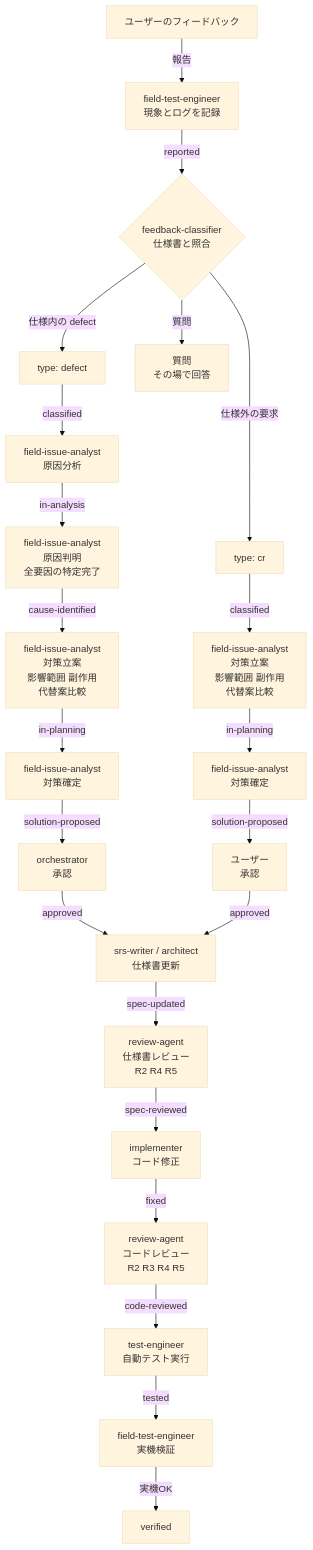
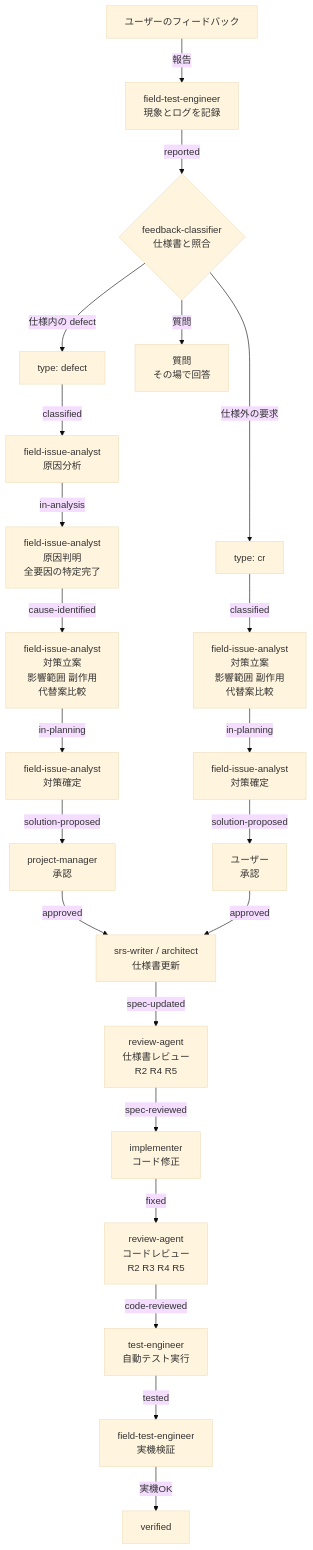
The diagram in framework-src/ja/process-rules/field-issue-handling-rules.md (GoodRelax/gr-sw-maker), drawn with Mermaid (base theme) before and after one commit. The commit also changed other lines of this file and 73 other files, not shown here.

````diff
--- a/framework-src/ja/process-rules/field-issue-handling-rules.md
+++ b/framework-src/ja/process-rules/field-issue-handling-rules.md
@@ -59,52 +59,52 @@
 ```mermaid
 flowchart TD
     Start["ユーザーのフィードバック"]
     FTE["field-test-engineer<br/>現象とログを記録"]
     FC{"feedback-classifier<br/>仕様書と照合"}
     DEF["type: defect"]
     CR["type: cr"]
     Q["質問<br/>その場で回答"]
 
     FIA_D1["field-issue-analyst<br/>原因分析"]
     FIA_D2["field-issue-analyst<br/>原因判明<br/>全要因の特定完了"]
     FIA_D3["field-issue-analyst<br/>対策立案<br/>影響範囲 副作用<br/>代替案比較"]
     FIA_D4["field-issue-analyst<br/>対策確定"]
 
     FIA_C1["field-issue-analyst<br/>対策立案<br/>影響範囲 副作用<br/>代替案比較"]
     FIA_C2["field-issue-analyst<br/>対策確定"]
 
-    ORC["orchestrator<br/>承認"]
+    ORC["project-manager<br/>承認"]
     USR["ユーザー<br/>承認"]
     SPEC["srs-writer / architect<br/>仕様書更新"]
     SREV["review-agent<br/>仕様書レビュー<br/>R2 R4 R5"]
     IMP["implementer<br/>コード修正"]
     CREV["review-agent<br/>コードレビュー<br/>R2 R3 R4 R5"]
     TE["test-engineer<br/>自動テスト実行"]
     FTE2["field-test-engineer<br/>実機検証"]
     DONE["verified"]
 
     Start -->|"報告"| FTE
     FTE -->|"reported"| FC
     FC -->|"仕様内の defect"| DEF
     FC -->|"仕様外の要求"| CR
     FC -->|"質問"| Q
 
     DEF -->|"classified"| FIA_D1
     FIA_D1 -->|"in-analysis"| FIA_D2
     FIA_D2 -->|"cause-identified"| FIA_D3
     FIA_D3 -->|"in-planning"| FIA_D4
     FIA_D4 -->|"solution-proposed"| ORC
 
     CR -->|"classified"| FIA_C1
     FIA_C1 -->|"in-planning"| FIA_C2
     FIA_C2 -->|"solution-proposed"| USR
 
     ORC -->|"approved"| SPEC
     USR -->|"approved"| SPEC
     SPEC -->|"spec-updated"| SREV
     SREV -->|"spec-reviewed"| IMP
     IMP -->|"fixed"| CREV
     CREV -->|"code-reviewed"| TE
     TE -->|"tested"| FTE2
     FTE2 -->|"実機OK"| DONE
 ```
````
